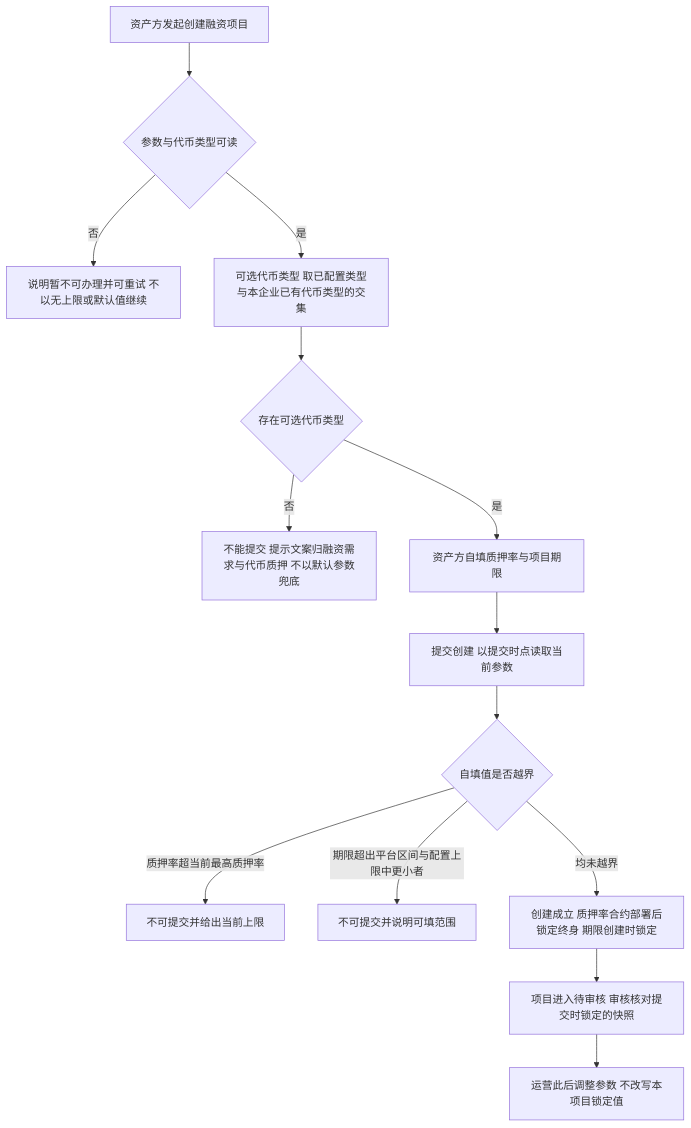
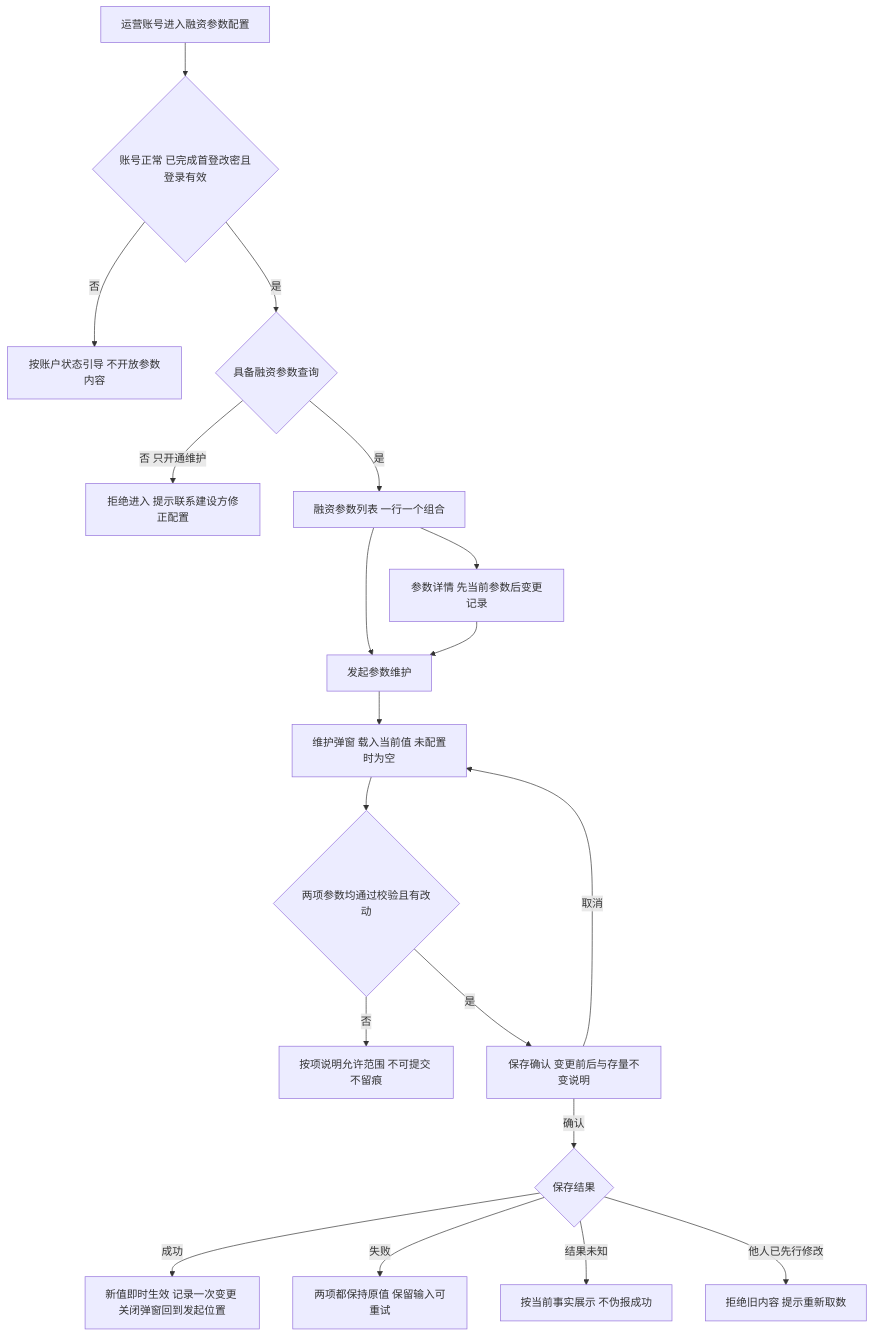
One commit to wxblockchain/Chain-Financing changed the second of 5 diagrams in lending-platform/PRD/运营端/02-运营端融资参数配置/02-运营端融资参数配置-流程图与状态机.md. Above: the diagram before and after it, drawn with Mermaid. The commit also changed other lines of this file and 14 other files, not shown here.

````diff
--- a/lending-platform/PRD/运营端/02-运营端融资参数配置/02-运营端融资参数配置-流程图与状态机.md
+++ b/lending-platform/PRD/运营端/02-运营端融资参数配置/02-运营端融资参数配置-流程图与状态机.md
@@ -49,16 +41,21 @@
 ```mermaid
 flowchart TD
-    A[资产方发起创建融资项目] --> B{参数与代币类型可读}
-    B -->|否| C[说明暂不可办理并可重试 不以无上限或默认值继续]
-    B -->|是| D[可选代币类型 取已配置类型与本企业已有代币类型的交集]
-    D --> E{存在可选代币类型}
-    E -->|否| F[不能提交 提示文案归融资需求与代币质押 不以默认参数兜底]
-    E -->|是| G[资产方自填质押率与项目期限]
-    G --> H[提交创建 以提交时点读取当前参数]
-    H --> I{自填值是否越界}
-    I -->|质押率超当前最高质押率| J[不可提交并给出当前上限]
-    I -->|期限超出平台区间与配置上限中更小者| K[不可提交并说明可填范围]
-    I -->|均未越界| L[创建成立 质押率合约部署后锁定终身 期限创建时锁定]
-    L --> M[项目进入待审核 审核核对提交时锁定的快照]
-    M --> N[运营此后调整参数 不改写本项目锁定值]
+    A[运营账号进入融资参数配置] --> B{账号正常 已完成首登改密且登录有效}
+    B -->|否| C[按账户状态引导 不开放参数内容]
+    B -->|是| D{具备融资参数查询}
+    D -->|否 只开通维护| E[拒绝进入 提示联系建设方修正配置]
+    D -->|是| F[融资参数列表 一行一个组合]
+    F --> G[参数详情 先当前参数后变更记录]
+    F --> H[发起参数维护]
+    G --> H
+    H --> I[维护弹窗 载入当前值 未配置时为空]
+    I --> J{两项参数均通过校验且有改动}
+    J -->|否| K[按项说明允许范围 不可提交 不留痕]
+    J -->|是| L[保存确认 变更前后与存量不变说明]
+    L -->|取消| I
+    L -->|确认| M{保存结果}
+    M -->|成功| N[新值即时生效 记录一次变更 关闭弹窗回到发起位置]
+    M -->|失败| O[两项都保持原值 保留输入可重试]
+    M -->|结果未知| P[按当前事实展示 不伪报成功]
+    M -->|他人已先行修改| Q[拒绝旧内容 提示重新取数]
 ```
````
